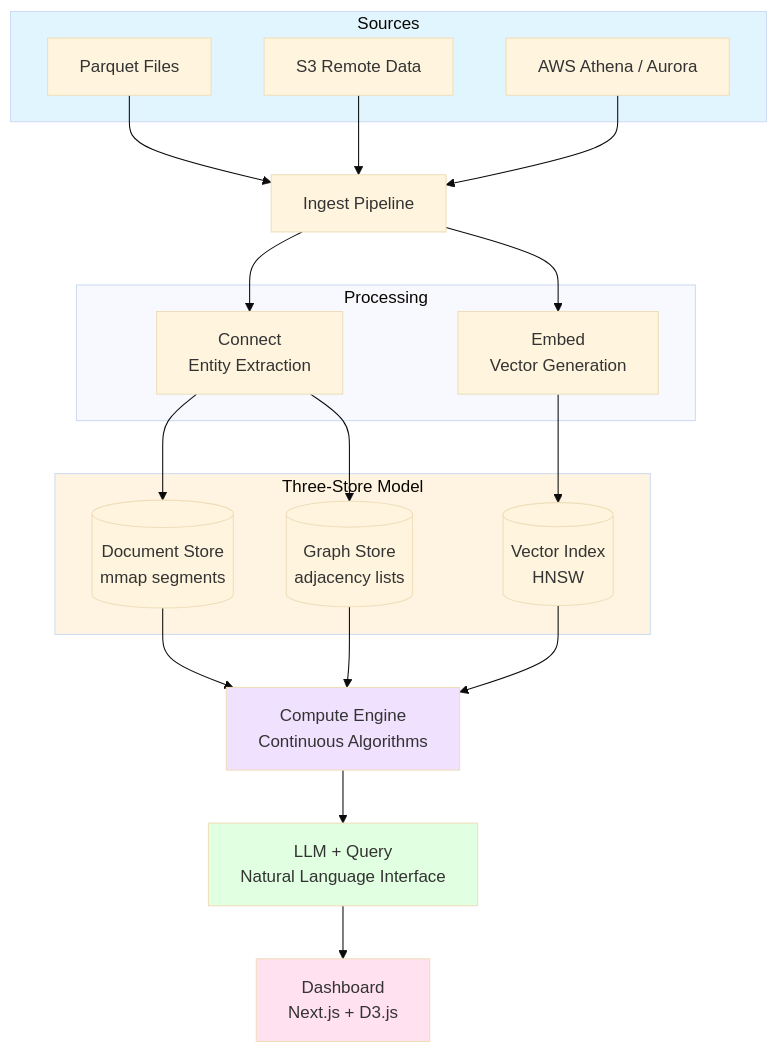
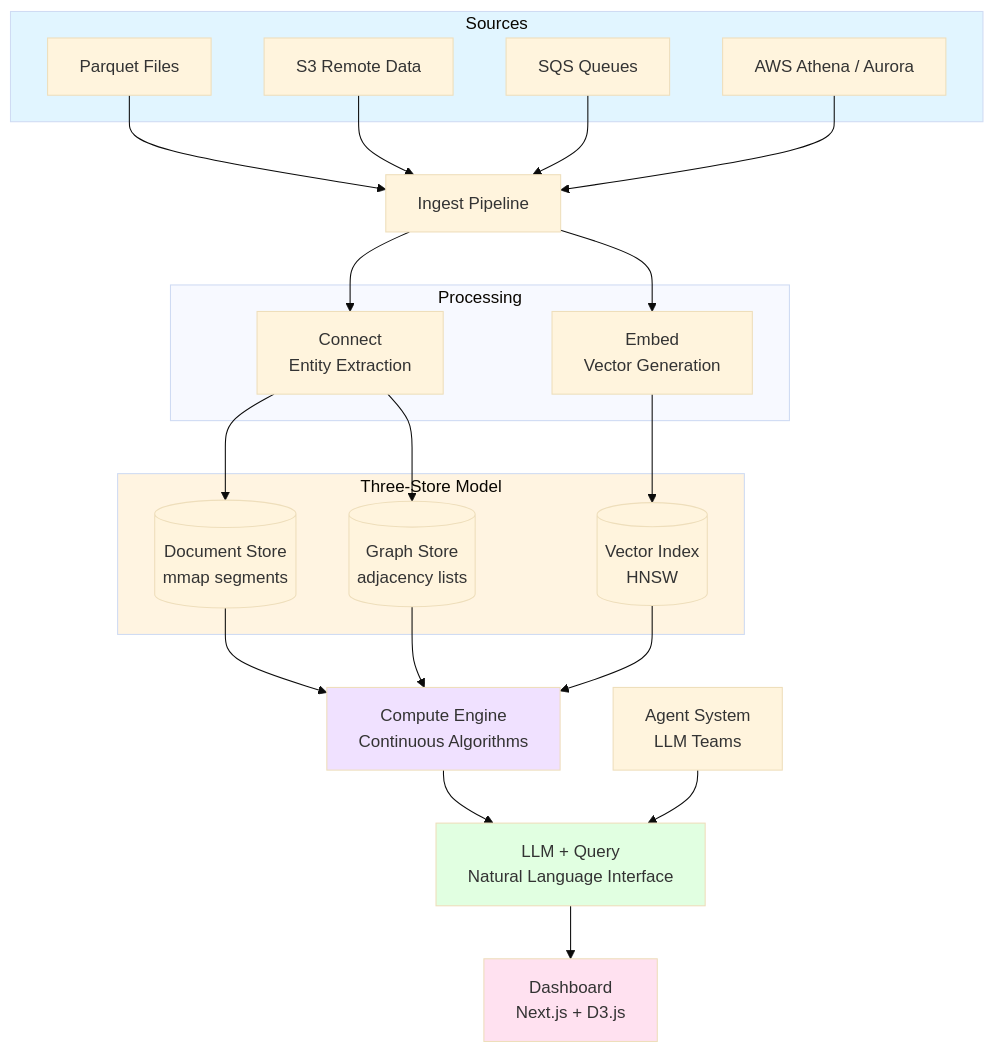
Before and after one commit to FrancisVarga/stupid-db: the diagram in README.md, drawn with Mermaid (base theme). The commit also changed other lines of this file, not shown here.

````diff
--- a/README.md
+++ b/README.md
@@ -61,52 +90,57 @@
 ```mermaid
 flowchart TB
     subgraph Sources
         P[Parquet Files]
         S[S3 Remote Data]
+        Q[SQS Queues]
         A[AWS Athena / Aurora]
     end
 
     I[Ingest Pipeline]
 
     subgraph Processing
         C[Connect<br/>Entity Extraction]
         E[Embed<br/>Vector Generation]
     end
 
     subgraph Storage["Three-Store Model"]
         D[(Document Store<br/>mmap segments)]
         V[(Vector Index<br/>HNSW)]
         G[(Graph Store<br/>adjacency lists)]
     end
 
     CO[Compute Engine<br/>Continuous Algorithms]
 
+    AG[Agent System<br/>LLM Teams]
+
     LLM[LLM + Query<br/>Natural Language Interface]
 
     DASH[Dashboard<br/>Next.js + D3.js]
 
     P --> I
     S --> I
+    Q --> I
     A --> I
 
     I --> C
     I --> E
 
     C --> D
     C --> G
     E --> V
 
     D --> CO
     V --> CO
     G --> CO
 
     CO --> LLM
+    AG --> LLM
 
     LLM --> DASH
 
     style Sources fill:#e1f5ff
     style Storage fill:#fff4e1
     style CO fill:#f0e1ff
     style LLM fill:#e1ffe1
     style DASH fill:#ffe1f0
 ```
````
